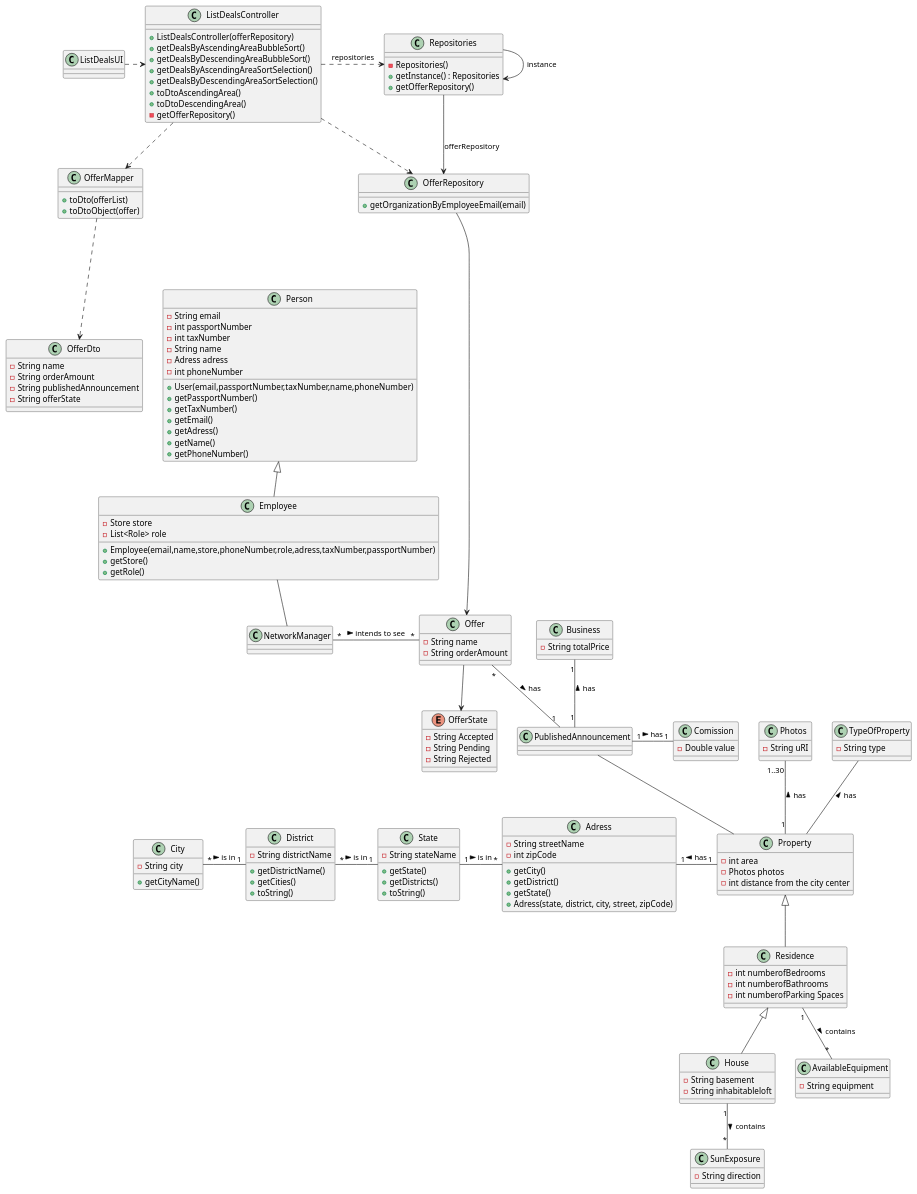
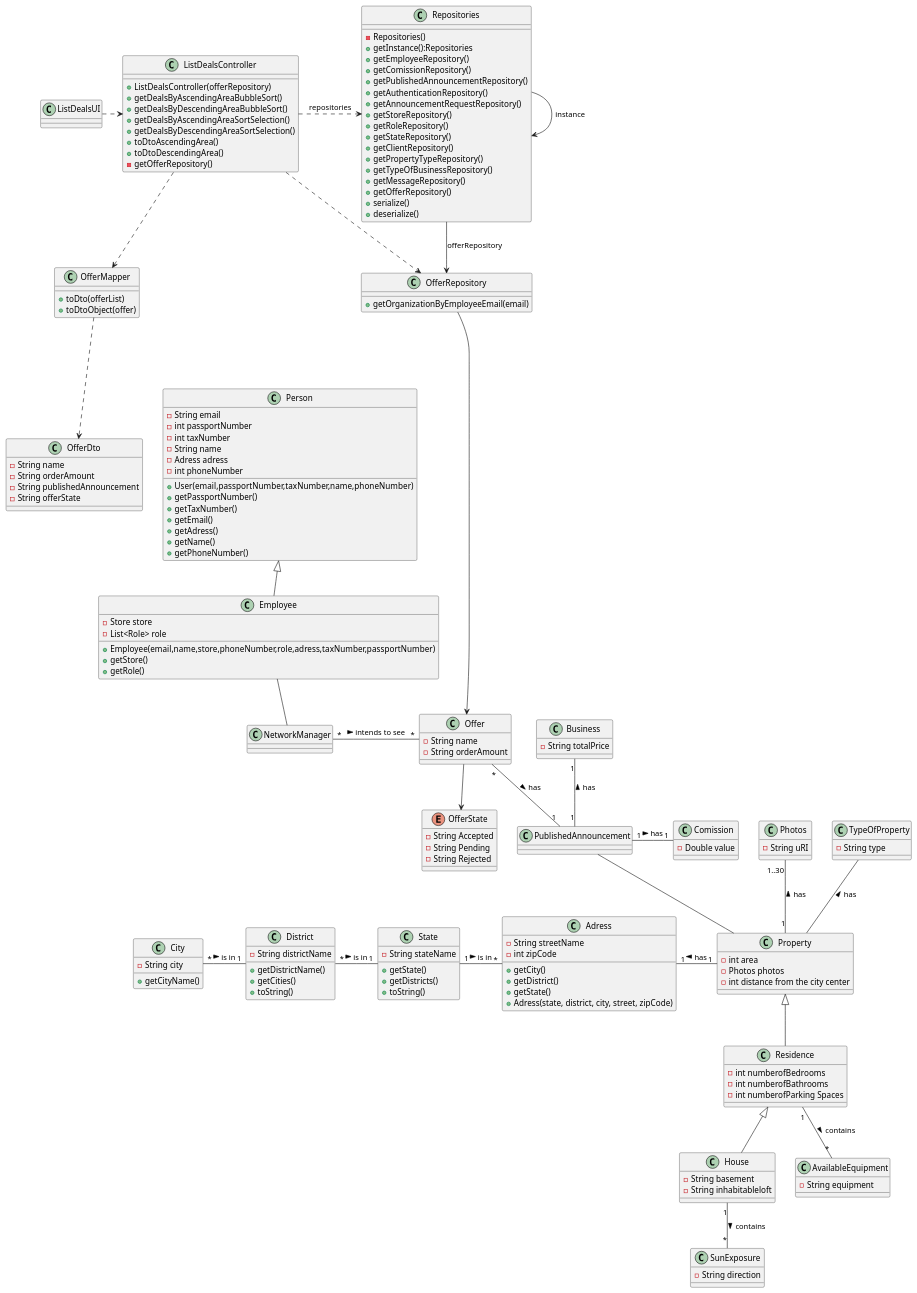
The diagram in docs/sprintD/US017/03.design/puml/us17-class-diagram.puml (PureNimble/ISEP-LAPR2), drawn with PlantUML before and after one commit. The commit also changed 24 other files, not shown here.

```diff
--- a/docs/sprintD/US017/03.design/puml/us17-class-diagram.puml
+++ b/docs/sprintD/US017/03.design/puml/us17-class-diagram.puml
@@ -159,10 +159,24 @@
     + getOrganizationByEmployeeEmail(email)
 }
 
-class Repositories {
-    - Repositories()
-    + getInstance() : Repositories
-    + getOfferRepository()
+class Repositories{
+-Repositories()
++getInstance():Repositories
++getEmployeeRepository()
++getComissionRepository()
++getPublishedAnnouncementRepository()
++getAuthenticationRepository()
++getAnnouncementRequestRepository()
++getStoreRepository()
++getRoleRepository()
++getStateRepository()
++getClientRepository()
++getPropertyTypeRepository()
++getTypeOfBusinessRepository()
++getMessageRepository()
++getOfferRepository()
++serialize()
++deserialize()
 }
 
 class ListDealsController {
```
